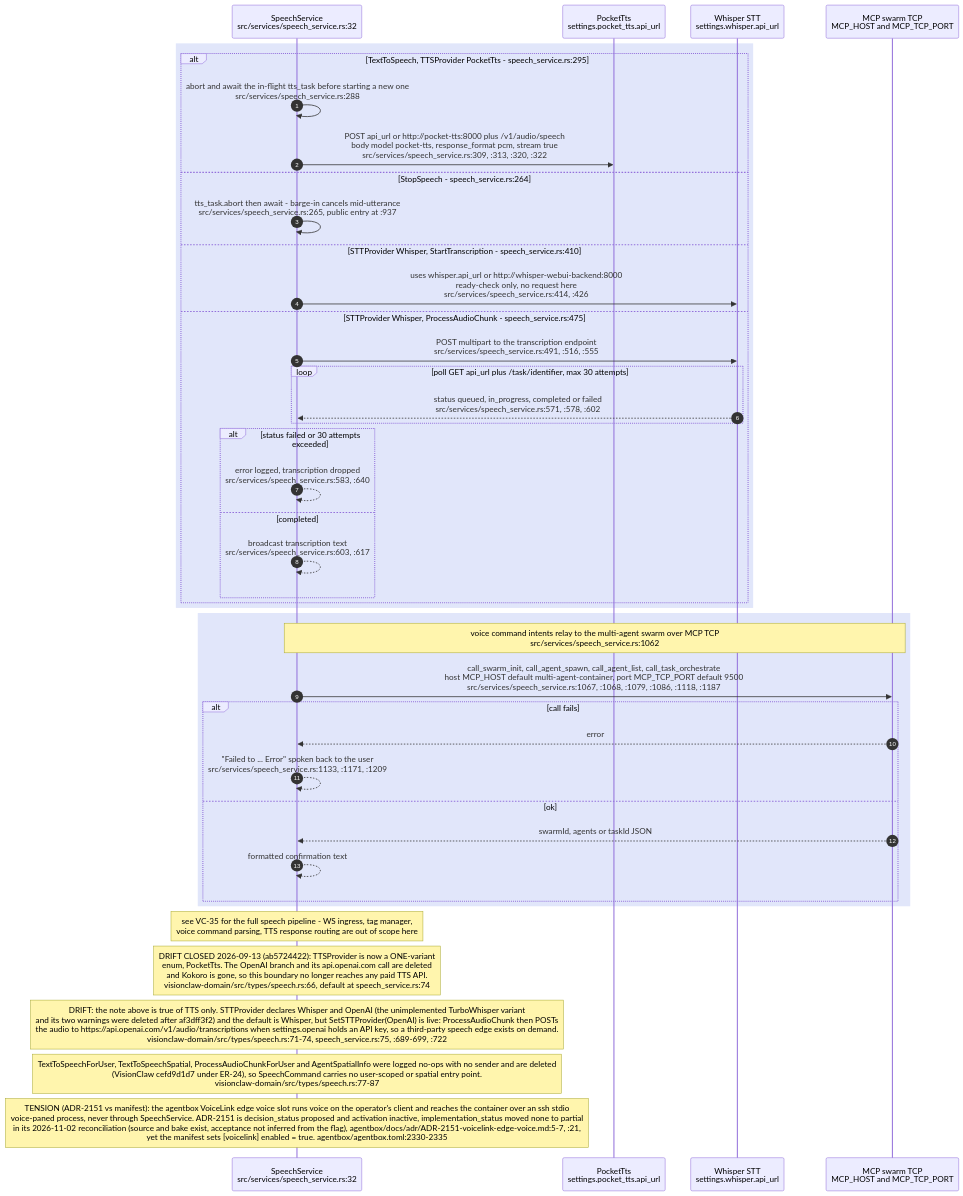
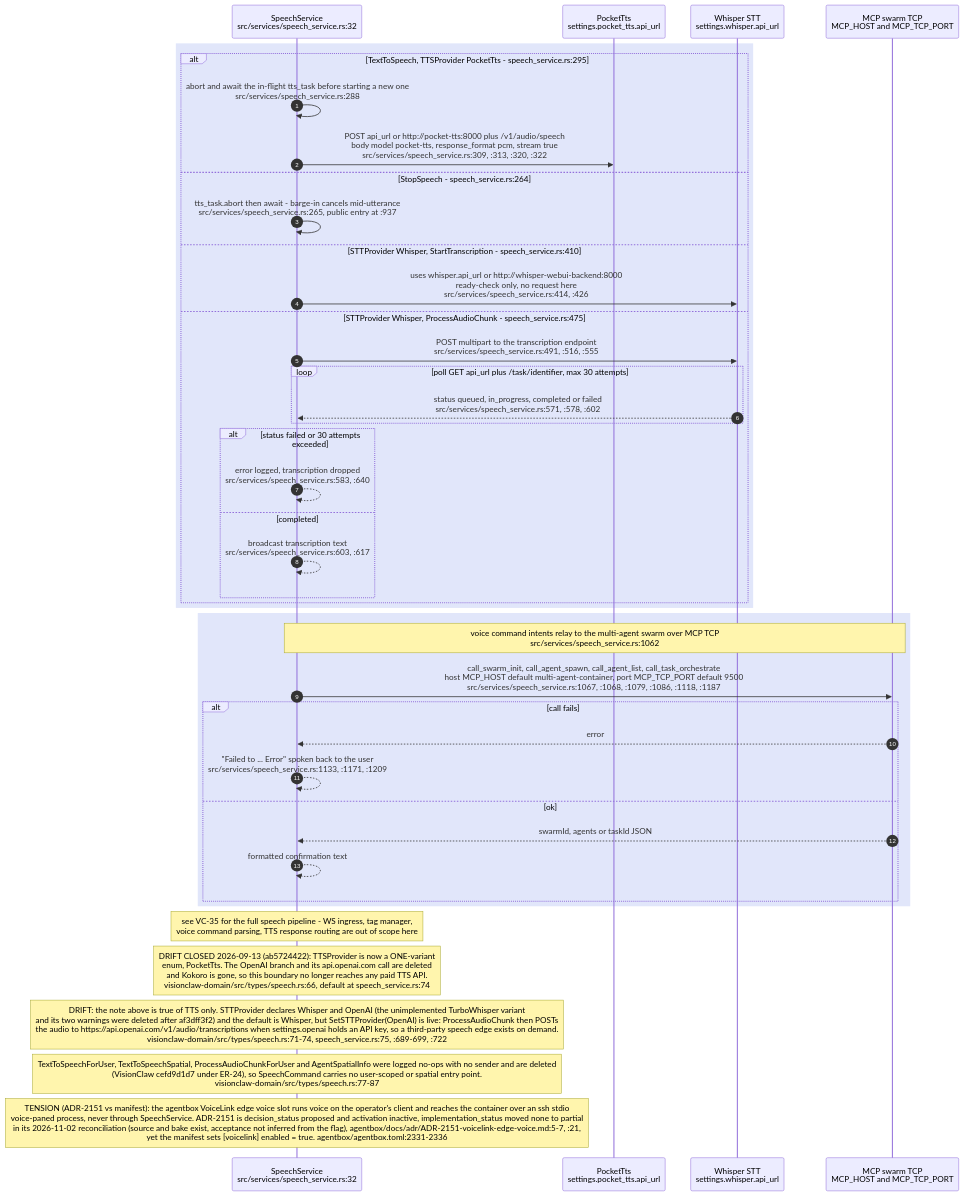
The seventh of 9 diagrams in docs/diagrams/visionclaw/28-external-services.md (DreamLab-AI/VisionFlow), drawn with Mermaid before and after one commit. The commit also changed other lines of this file and 9 other files, not shown here.

````diff
--- a/docs/diagrams/visionclaw/28-external-services.md
+++ b/docs/diagrams/visionclaw/28-external-services.md
@@ -347,47 +347,47 @@
 ```mermaid
 sequenceDiagram
     autonumber
     participant SS as SpeechService<br/>src/services/speech_service.rs:32
     participant PT as PocketTts<br/>settings.pocket_tts.api_url
     participant WHI as Whisper STT<br/>settings.whisper.api_url
     participant MCP as MCP swarm TCP<br/>MCP_HOST and MCP_TCP_PORT
 
     rect rgb(225,230,250)
     alt TextToSpeech, TTSProvider PocketTts - speech_service.rs:295
         SS->>SS: abort and await the in-flight tts_task before starting a new one<br/>src/services/speech_service.rs:288
         SS->>PT: POST api_url or http://pocket-tts:8000 plus /v1/audio/speech<br/>body model pocket-tts, response_format pcm, stream true<br/>src/services/speech_service.rs:309, :313, :320, :322
     else StopSpeech - speech_service.rs:264
         SS->>SS: tts_task.abort then await - barge-in cancels mid-utterance<br/>src/services/speech_service.rs:265, public entry at :937
     else STTProvider Whisper, StartTranscription - speech_service.rs:410
         SS->>WHI: uses whisper.api_url or http://whisper-webui-backend:8000<br/>ready-check only, no request here<br/>src/services/speech_service.rs:414, :426
     else STTProvider Whisper, ProcessAudioChunk - speech_service.rs:475
         SS->>WHI: POST multipart to the transcription endpoint<br/>src/services/speech_service.rs:491, :516, :555
         loop poll GET api_url plus /task/identifier, max 30 attempts
             WHI-->>SS: status queued, in_progress, completed or failed<br/>src/services/speech_service.rs:571, :578, :602
         end
         alt status failed or 30 attempts exceeded
             SS-->>SS: error logged, transcription dropped<br/>src/services/speech_service.rs:583, :640
         else completed
             SS-->>SS: broadcast transcription text<br/>src/services/speech_service.rs:603, :617
         end
     end
     end
 
     rect rgb(225,230,250)
     Note over SS,MCP: voice command intents relay to the multi-agent swarm over MCP TCP<br/>src/services/speech_service.rs:1062
     SS->>MCP: call_swarm_init, call_agent_spawn, call_agent_list, call_task_orchestrate<br/>host MCP_HOST default multi-agent-container, port MCP_TCP_PORT default 9500<br/>src/services/speech_service.rs:1067, :1068, :1079, :1086, :1118, :1187
     alt call fails
         MCP-->>SS: error
         SS-->>SS: "Failed to ... Error" spoken back to the user<br/>src/services/speech_service.rs:1133, :1171, :1209
     else ok
         MCP-->>SS: swarmId, agents or taskId JSON
         SS-->>SS: formatted confirmation text
     end
     end
 
     Note over SS: see VC-35 for the full speech pipeline - WS ingress, tag manager,<br/>voice command parsing, TTS response routing are out of scope here
     Note over SS: DRIFT CLOSED 2026-09-13 (ab5724422): TTSProvider is now a ONE-variant<br/>enum, PocketTts. The OpenAI branch and its api.openai.com call are deleted<br/>and Kokoro is gone, so this boundary no longer reaches any paid TTS API.<br/>visionclaw-domain/src/types/speech.rs:66, default at speech_service.rs:74
     Note over SS: DRIFT: the note above is true of TTS only. STTProvider declares Whisper and OpenAI (the unimplemented TurboWhisper variant<br/>and its two warnings were deleted after af3dff3f2) and the default is Whisper, but SetSTTProvider(OpenAI) is live: ProcessAudioChunk then POSTs<br/>the audio to https://api.openai.com/v1/audio/transcriptions when settings.openai holds an API key, so a third-party speech edge exists on demand.<br/>visionclaw-domain/src/types/speech.rs:71-74, speech_service.rs:75, :689-699, :722
     Note over SS: TextToSpeechForUser, TextToSpeechSpatial, ProcessAudioChunkForUser and AgentSpatialInfo were logged no-ops with no sender and are deleted<br/>(VisionClaw cefd9d1d7 under ER-24), so SpeechCommand carries no user-scoped or spatial entry point.<br/>visionclaw-domain/src/types/speech.rs:77-87
-    Note over SS: TENSION (ADR-2151 vs manifest): the agentbox VoiceLink edge voice slot runs voice on the operator's client and reaches the container over an ssh stdio<br/>voice-paned process, never through SpeechService. ADR-2151 is decision_status proposed and activation inactive, implementation_status moved none to partial<br/>in its 2026-11-02 reconciliation (source and bake exist, acceptance not inferred from the flag), agentbox/docs/adr/ADR-2151-voicelink-edge-voice.md:5-7, :21,<br/>yet the manifest sets [voicelink] enabled = true. agentbox/agentbox.toml:2330-2335
+    Note over SS: TENSION (ADR-2151 vs manifest): the agentbox VoiceLink edge voice slot runs voice on the operator's client and reaches the container over an ssh stdio<br/>voice-paned process, never through SpeechService. ADR-2151 is decision_status proposed and activation inactive, implementation_status moved none to partial<br/>in its 2026-11-02 reconciliation (source and bake exist, acceptance not inferred from the flag), agentbox/docs/adr/ADR-2151-voicelink-edge-voice.md:5-7, :21,<br/>yet the manifest sets [voicelink] enabled = true. agentbox/agentbox.toml:2331-2336
 ```
````
